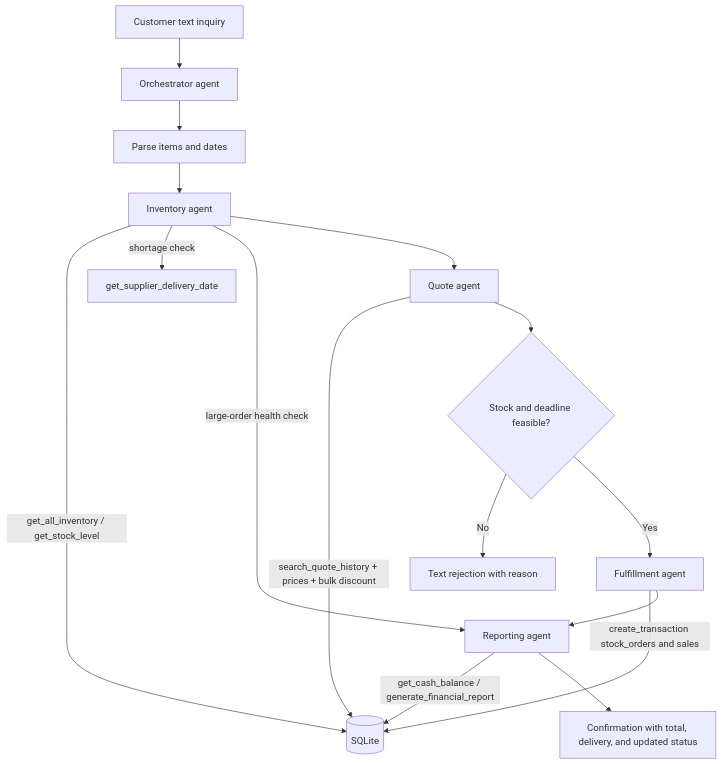
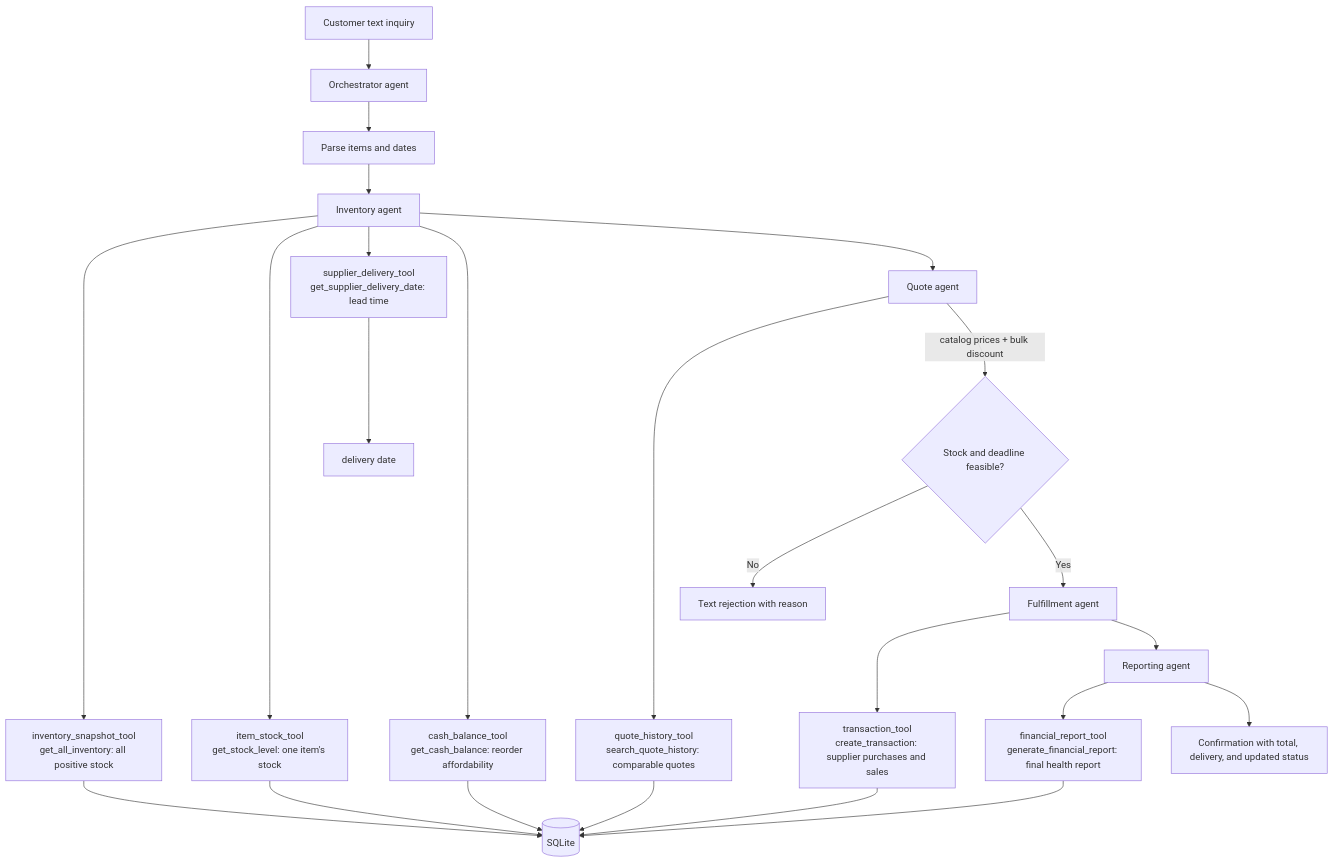
The diagram in agent_flow.md (vaschindler/beaver-choice-paper-project), drawn with Mermaid before and after one commit. The commit also changed other lines of this file and 4 other files, not shown here.

````diff
--- a/agent_flow.md
+++ b/agent_flow.md
@@ -3,18 +3,26 @@
 ```mermaid
 flowchart TD
     C[Customer text inquiry] --> O[Orchestrator agent]
     O --> P[Parse items and dates]
     P --> I[Inventory agent]
-    I -->|get_all_inventory / get_stock_level| DB[(SQLite)]
-    I -->|shortage check| S[get_supplier_delivery_date]
-    I -->|large-order health check| R[Reporting agent]
-    R -->|get_cash_balance / generate_financial_report| DB
+    I --> IT1[inventory_snapshot_tool<br/>get_all_inventory: all positive stock]
+    I --> IT2[item_stock_tool<br/>get_stock_level: one item's stock]
+    I --> IT3[supplier_delivery_tool<br/>get_supplier_delivery_date: lead time]
+    I --> IT4[cash_balance_tool<br/>get_cash_balance: reorder affordability]
+    IT1 --> DB[(SQLite)]
+    IT2 --> DB
+    IT3 --> S[delivery date]
+    IT4 --> DB
     I --> Q[Quote agent]
-    Q -->|search_quote_history + prices + bulk discount| DB
-    Q --> D{Stock and deadline feasible?}
+    Q --> QT[quote_history_tool<br/>search_quote_history: comparable quotes]
+    QT --> DB
+    Q -->|catalog prices + bulk discount| D{Stock and deadline feasible?}
     D -->|No| X[Text rejection with reason]
     D -->|Yes| F[Fulfillment agent]
-    F -->|create_transaction stock_orders and sales| DB
+    F --> FT[transaction_tool<br/>create_transaction: supplier purchases and sales]
+    FT --> DB
     F --> R
+    R[Reporting agent] --> RT[financial_report_tool<br/>generate_financial_report: final health report]
+    RT --> DB
     R --> A[Confirmation with total, delivery, and updated status]
 ```
````
